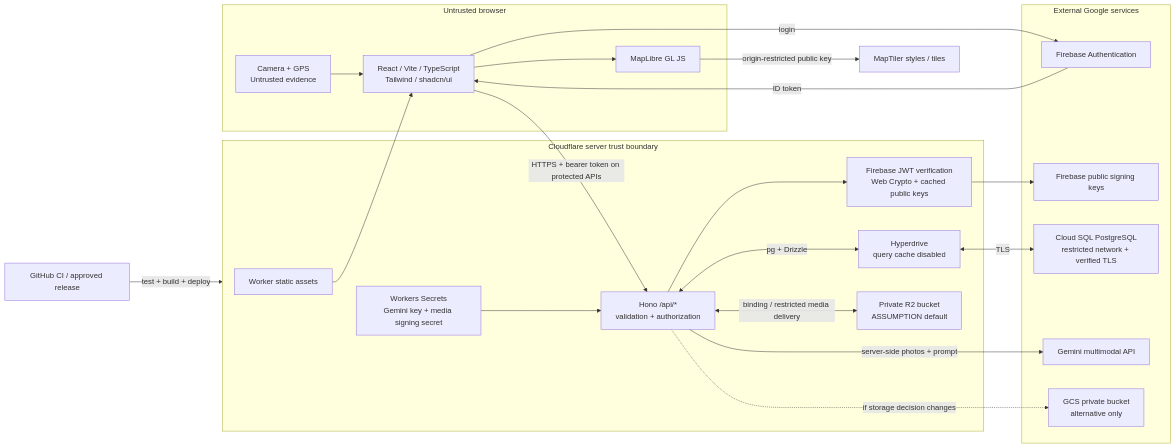
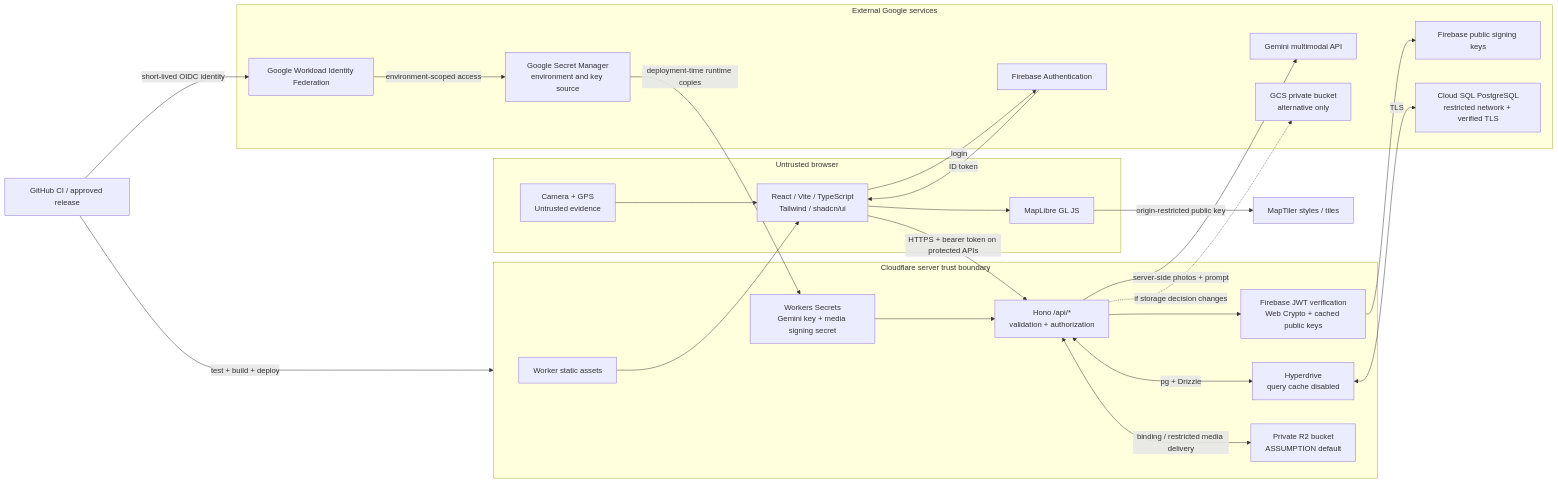
Before and after one commit to SWOFART/ISKRA: the first of 6 diagrams in plan.md, drawn with Mermaid. The commit also changed other lines of this file and 9 other files, not shown here.

Commit message:
Source deployment configuration from Google Cloud without GitHub variables

````diff
--- a/plan.md
+++ b/plan.md
@@ -72,39 +73,44 @@
 ```mermaid
 flowchart LR
   subgraph U[Untrusted browser]
     SPA[React / Vite / TypeScript\nTailwind / shadcn/ui]
     CAM[Camera + GPS\nUntrusted evidence]
     MAP[MapLibre GL JS]
     CAM --> SPA
     SPA --> MAP
   end
   subgraph CF[Cloudflare server trust boundary]
     ASSETS[Worker static assets]
     API[Hono /api/*\nvalidation + authorization]
     JWT[Firebase JWT verification\nWeb Crypto + cached public keys]
     SEC[Workers Secrets\nGemini key + media signing secret]
     HD[Hyperdrive\nquery cache disabled]
     R2[Private R2 bucket\nASSUMPTION default]
     ASSETS --> SPA
     API --> JWT
     SEC --> API
     API <-->|pg + Drizzle| HD
     API <-->|binding / restricted media delivery| R2
   end
   subgraph G[External Google services]
     AUTH[Firebase Authentication]
     KEYS[Firebase public signing keys]
     SQL[Cloud SQL PostgreSQL\nrestricted network + verified TLS]
     AI[Gemini multimodal API]
     GCS[GCS private bucket\nalternative only]
+    GSM[Google Secret Manager\nenvironment and key source]
+    GID[Google Workload Identity Federation]
   end
   SPA -->|login| AUTH
   AUTH -->|ID token| SPA
   SPA -->|HTTPS + bearer token on protected APIs| API
   JWT --> KEYS
   HD <-->|TLS| SQL
   API -->|server-side photos + prompt| AI
   API -.->|if storage decision changes| GCS
   MAP -->|origin-restricted public key| MT[MapTiler styles / tiles]
   GH[GitHub CI / approved release] -->|test + build + deploy| CF
+  GH -->|short-lived OIDC identity| GID
+  GID -->|environment-scoped access| GSM
+  GSM -->|deployment-time runtime copies| SEC
 ```
````
